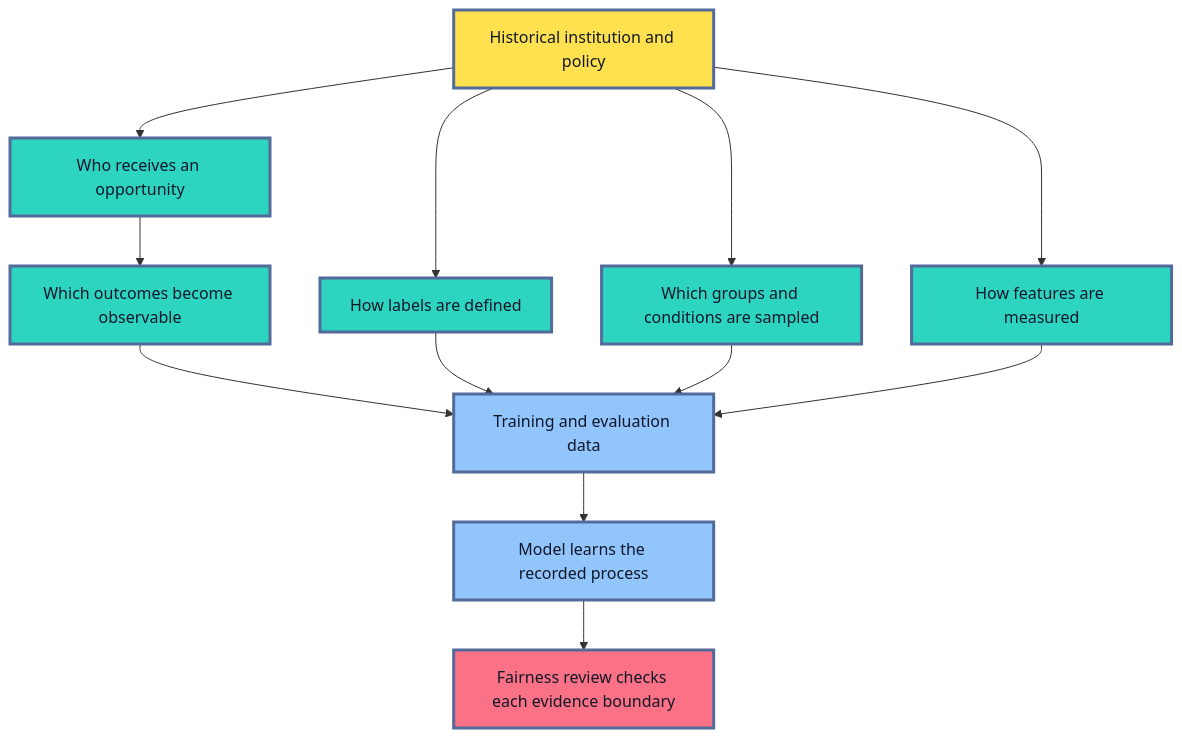
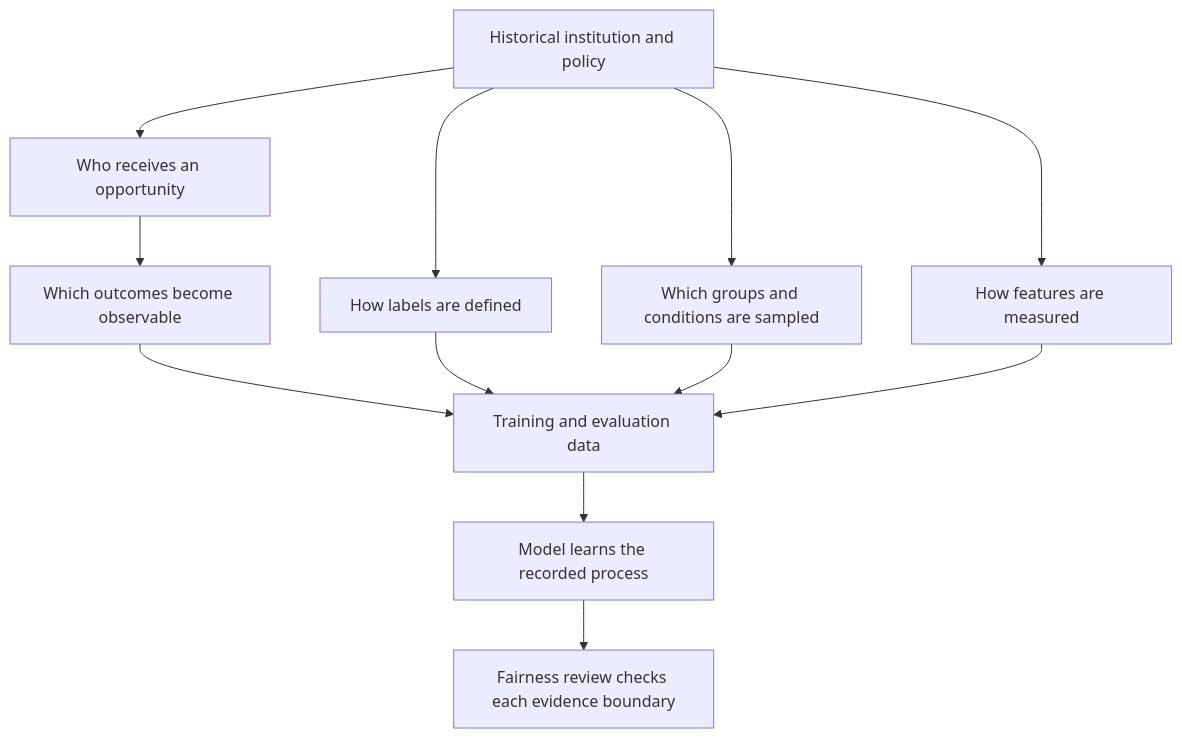
One commit to senlinyy/dev-roadmaps changed the fifth of 14 diagrams in roadmaps/mlops/modules/model-evaluation/production-readiness/02-bias-fairness-responsible-evaluation.md. Above: the diagram before and after it, drawn with Mermaid. The commit also changed other lines of this file and 152 other files, not shown here.

Commit message:
feat: mlops and diagrams updated

````diff
--- a/roadmaps/mlops/modules/model-evaluation/production-readiness/02-bias-fairness-responsible-evaluation.md
+++ b/roadmaps/mlops/modules/model-evaluation/production-readiness/02-bias-fairness-responsible-evaluation.md
@@ -345,23 +333,19 @@
 ```mermaid
 flowchart TD
     A["Historical institution and policy"] --> B["Who receives an opportunity"]
     B --> C["Which outcomes become observable"]
     A --> D["How labels are defined"]
     A --> E["Which groups and conditions are sampled"]
     A --> F["How features are measured"]
     C --> G["Training and evaluation data"]
     D --> G
     E --> G
     F --> G
     G --> H["Model learns the recorded process"]
     H --> I["Fairness review checks each evidence boundary"]
 
-    classDef history fill:#FFE04F,stroke:#536A9A,stroke-width:3px,color:#111827
-    classDef process fill:#2DD4BF,stroke:#536A9A,stroke-width:3px,color:#0F172A
-    classDef data fill:#93C5FD,stroke:#536A9A,stroke-width:3px,color:#0F172A
-    classDef review fill:#FB7185,stroke:#536A9A,stroke-width:3px,color:#111827
     class A history
     class B,C,D,E,F process
     class G,H data
     class I review
 ```
````
